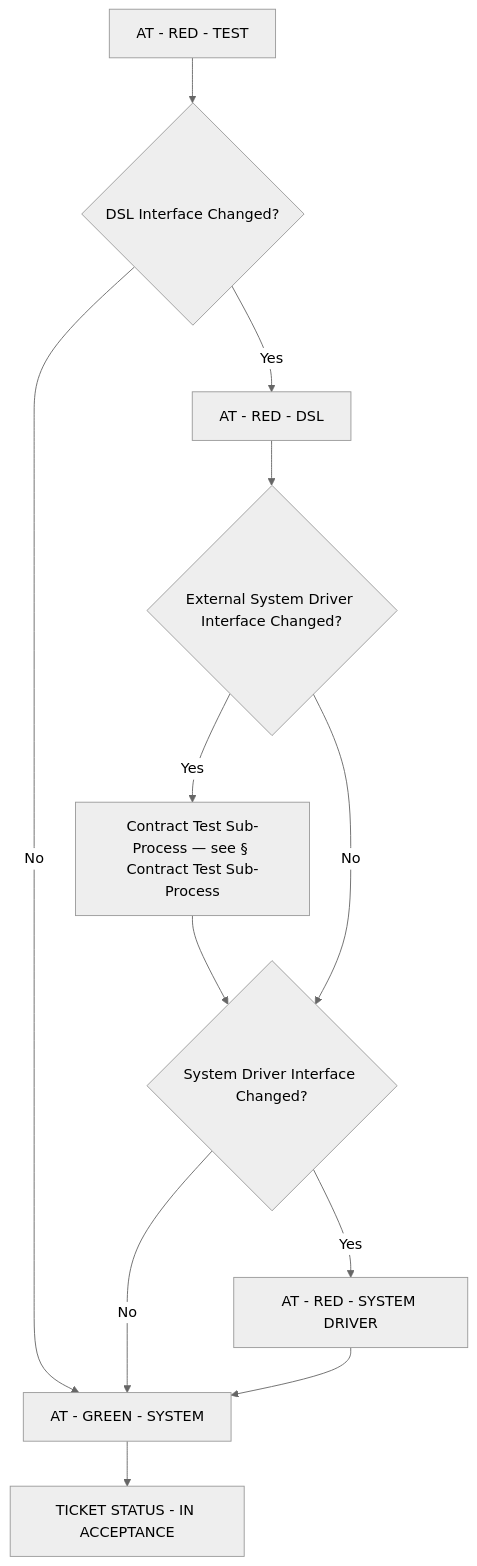
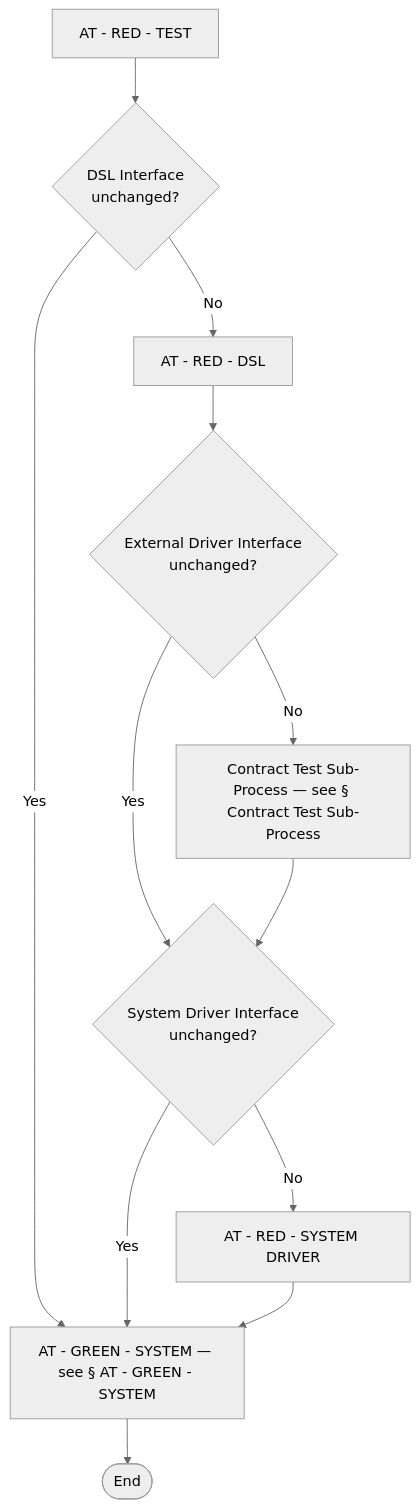
Before and after one commit to optivem/starter: the third of 9 diagrams in docs/atdd/process/diagram-process.md, drawn with Mermaid (neutral theme). The commit also changed other lines of this file and 2 other files, not shown here.

````diff
--- a/docs/atdd/process/diagram-process.md
+++ b/docs/atdd/process/diagram-process.md
@@ -110,24 +101,24 @@
 ```mermaid
 flowchart TD
     AT_RED_TEST[AT - RED - TEST]
-    GATE_DSL_AT{DSL Interface Changed?}
+    GATE_DSL{DSL Interface<br/>unchanged?}
     AT_RED_DSL[AT - RED - DSL]
-    GATE_EXT{External System Driver Interface Changed?}
-    CT_SUB[Contract Test Sub-Process — see § Contract Test Sub-Process]
-    GATE_SYS{System Driver Interface Changed?}
-    AT_RED_SYS_DRIVER[AT - RED - SYSTEM DRIVER]
-    AT_GREEN_SYS[AT - GREEN - SYSTEM]
-    INACC[TICKET STATUS - IN ACCEPTANCE]
+    GATE_EXT{External Driver Interface<br/>unchanged?}
+    CT_SUBPROCESS[Contract Test Sub-Process — see § Contract Test Sub-Process]
+    GATE_SYS{System Driver Interface<br/>unchanged?}
+    AT_RED_SYSTEM_DRIVER[AT - RED - SYSTEM DRIVER]
+    AT_GREEN_SYSTEM[AT - GREEN - SYSTEM — see § AT - GREEN - SYSTEM]
+    AT_END([End])
 
-    AT_RED_TEST --> GATE_DSL_AT
-    GATE_DSL_AT -->|No| AT_GREEN_SYS
-    GATE_DSL_AT -->|Yes| AT_RED_DSL
+    AT_RED_TEST --> GATE_DSL
+    GATE_DSL -- Yes --> AT_GREEN_SYSTEM
+    GATE_DSL -- No --> AT_RED_DSL
     AT_RED_DSL --> GATE_EXT
-    GATE_EXT -->|Yes| CT_SUB
-    CT_SUB --> GATE_SYS
-    GATE_EXT -->|No| GATE_SYS
-    GATE_SYS -->|No| AT_GREEN_SYS
-    GATE_SYS -->|Yes| AT_RED_SYS_DRIVER
-    AT_RED_SYS_DRIVER --> AT_GREEN_SYS
-    AT_GREEN_SYS --> INACC
+    GATE_EXT -- Yes --> GATE_SYS
+    GATE_EXT -- No --> CT_SUBPROCESS
+    CT_SUBPROCESS --> GATE_SYS
+    GATE_SYS -- Yes --> AT_GREEN_SYSTEM
+    GATE_SYS -- No --> AT_RED_SYSTEM_DRIVER
+    AT_RED_SYSTEM_DRIVER --> AT_GREEN_SYSTEM
+    AT_GREEN_SYSTEM --> AT_END
 ```
````
